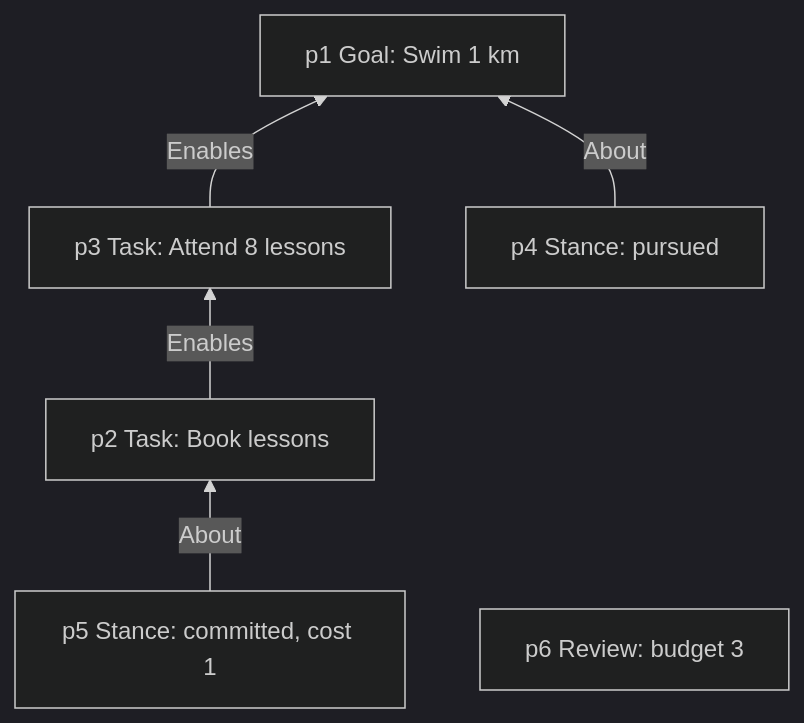
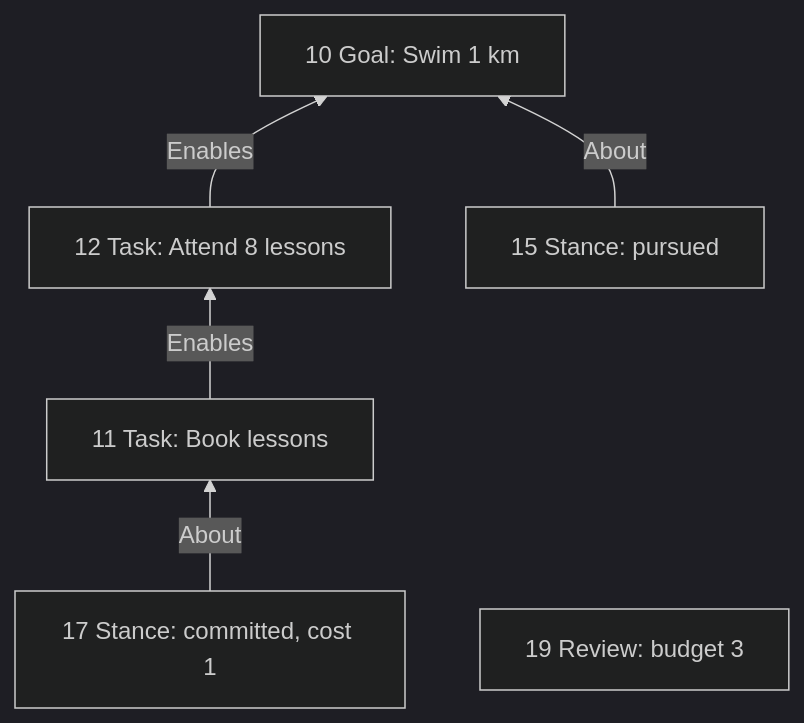
Before and after one commit to RezaOnGithub/lifecore: the first of 12 diagrams in docs/PLANNING-EXPLAINER.md, drawn with Mermaid (dark theme). The commit also changed other lines of this file and 1 other file, not shown here.

````diff
--- a/docs/PLANNING-EXPLAINER.md
+++ b/docs/PLANNING-EXPLAINER.md
@@ -65,9 +157,9 @@
 ```mermaid
 flowchart BT
-    G["p1 Goal: Swim 1 km"]
-    T1["p2 Task: Book lessons"] -- Enables --> T2["p3 Task: Attend 8 lessons"]
+    G["10 Goal: Swim 1 km"]
+    T1["11 Task: Book lessons"] -- Enables --> T2["12 Task: Attend 8 lessons"]
     T2 -- Enables --> G
-    S1["p4 Stance: pursued"] -- About --> G
-    S2["p5 Stance: committed, cost 1"] -- About --> T1
-    R1["p6 Review: budget 3"]
+    S1["15 Stance: pursued"] -- About --> G
+    S2["17 Stance: committed, cost 1"] -- About --> T1
+    R1["19 Review: budget 3"]
 ```
````
